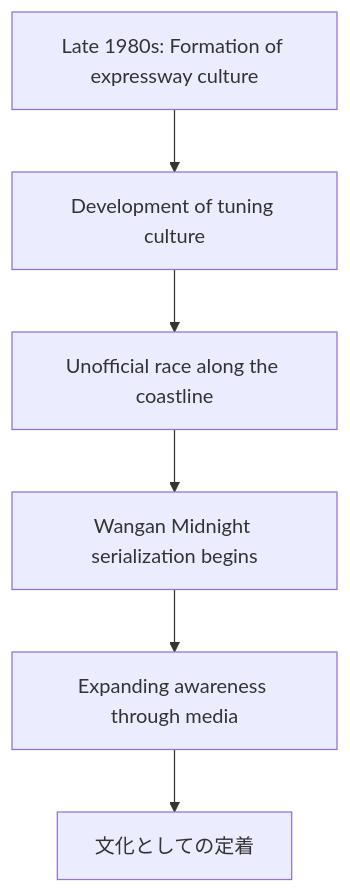
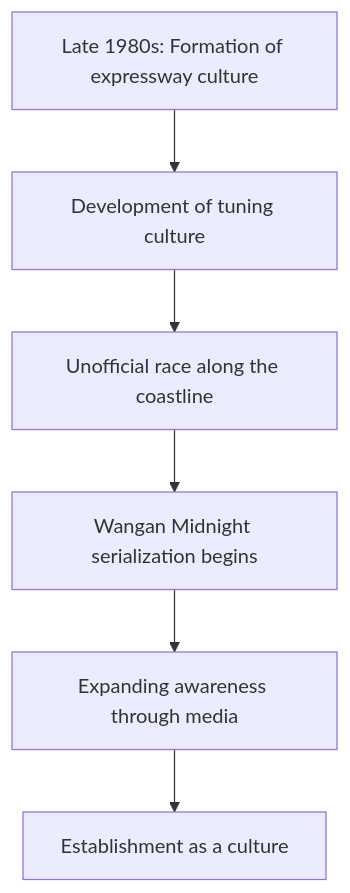
The first of 2 diagrams in en/_posts/2026-04-03-column-wangan-midnight.md (monumental-movement/monumental-movement.github.io), drawn with Mermaid before and after one commit. The commit also changed other lines of this file and 851 other files, not shown here.

```diff
--- a/en/_posts/2026-04-03-column-wangan-midnight.md
+++ b/en/_posts/2026-04-03-column-wangan-midnight.md
@@ -147,8 +147,8 @@
 <div class="mermaid">
 graph TD
 A[Late 1980s: Formation of expressway culture] --> B[Development of tuning culture]
 B --> C[Unofficial race along the coastline]
 C --> D[Wangan Midnight serialization begins]
 D --> E[Expanding awareness through media]
-E --> F[文化としての定着]
+E --> F[Establishment as a culture]
 </div>
```
